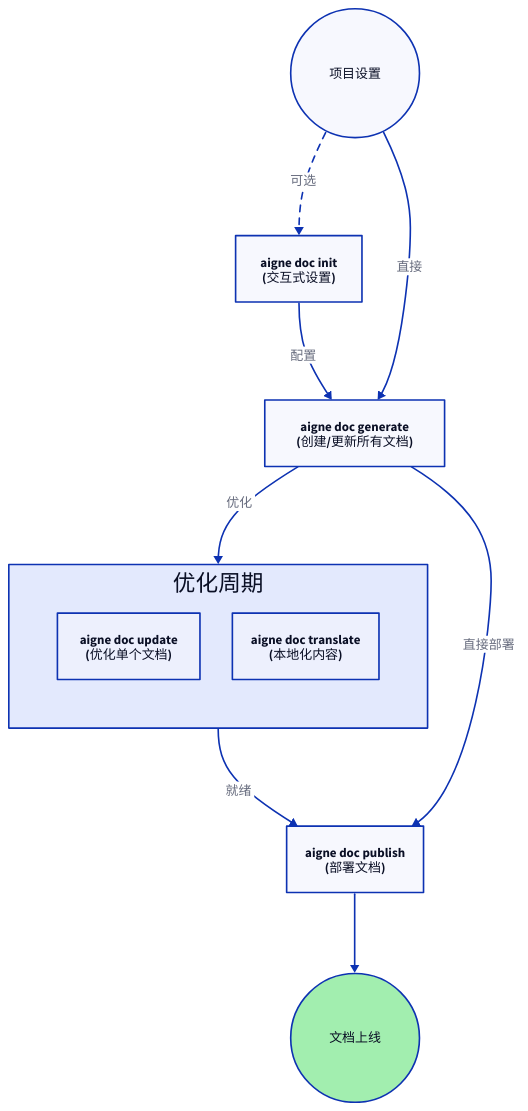
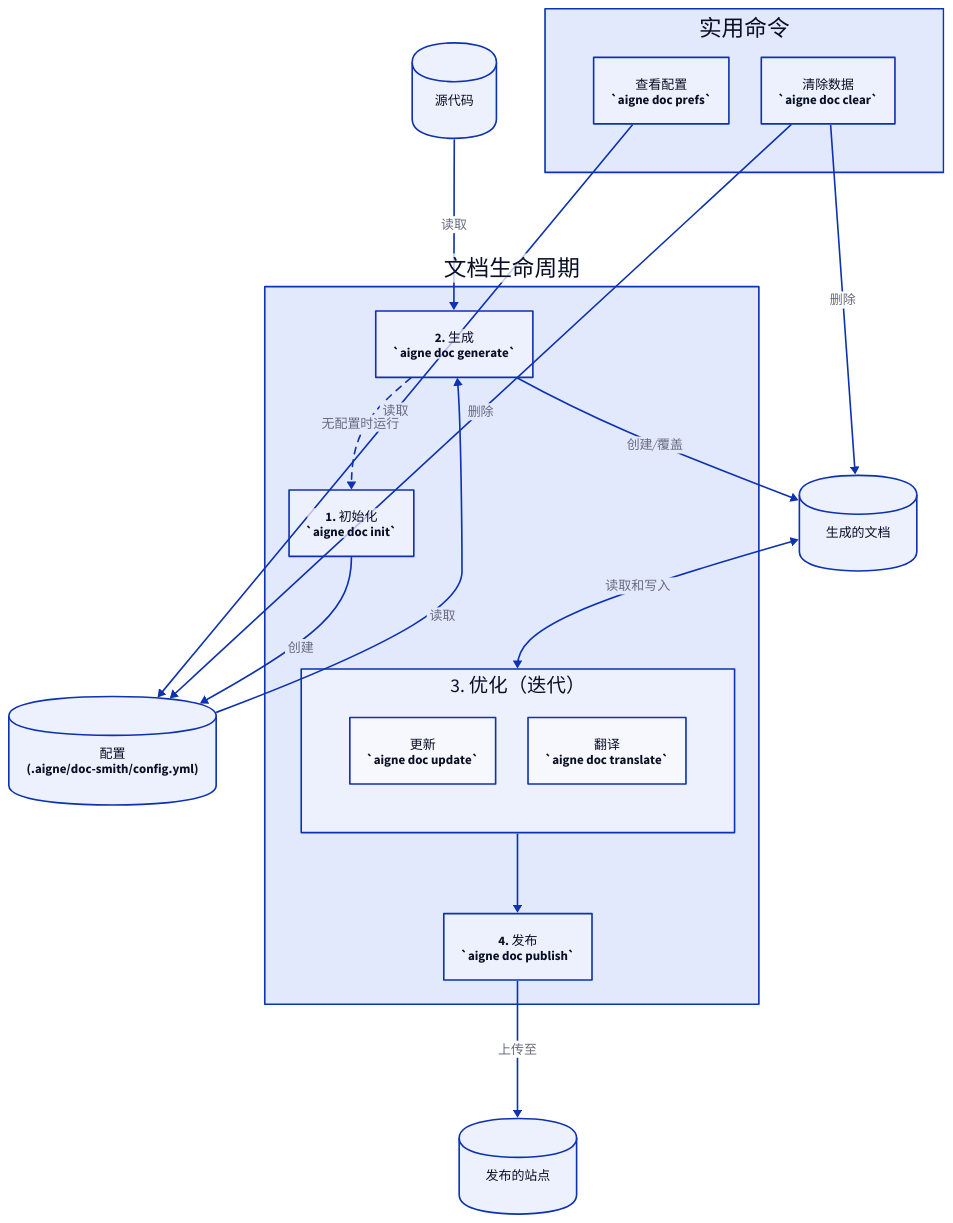
One commit to AIGNE-io/aigne-doc-smith changed the diagram in docs/cli-reference.zh.md. Above: the diagram before and after it, drawn with D2. The commit also changed other lines of this file and 26 other files, not shown here.

````diff
--- a/docs/cli-reference.zh.md
+++ b/docs/cli-reference.zh.md
@@ -15,52 +15,95 @@
 ```d2
 direction: down
 
-Start: {
-  label: "项目设置"
-  shape: circle
+# 工件
+Source-Code: {
+  label: "源代码"
+  shape: cylinder
+}
+Configuration: {
+  label: "配置\n(.aigne/doc-smith/config.yml)"
+  shape: cylinder
+}
+Generated-Docs: {
+  label: "生成的文档"
+  shape: cylinder
+}
+Published-Docs: {
+  label: "发布的站点"
+  shape: cylinder
 }
 
-init: {
-  label: "aigne doc init\n(交互式设置)"
-  shape: rectangle
-}
+# --- 核心工作流 ---
+Lifecycle: {
+  label: "文档生命周期"
+  
+  init: {
+    label: "1. 初始化\n`aigne doc init`"
+    shape: rectangle
+  }
 
-generate: {
-  label: "aigne doc generate\n(创建/更新所有文档)"
-  shape: rectangle
-}
+  generate: {
+    label: "2. 生成\n`aigne doc generate`"
+    shape: rectangle
+  }
 
-refinement-cycle: {
-  label: "优化周期"
-  shape: rectangle
-  grid-columns: 2
+  Refinement: {
+    label: "3. 优化（迭代）"
+    grid-columns: 2
 
-  update: {
-    label: "aigne doc update\n(优化单个文档)"
+    update: {
+      label: "更新\n`aigne doc update`"
+      shape: rectangle
+    }
+    translate: {
+      label: "翻译\n`aigne doc translate`"
+      shape: rectangle
+    }
   }
-  translate: {
-    label: "aigne doc translate\n(本地化内容)"
+
+  publish: {
+    label: "4. 发布\n`aigne doc publish`"
+    shape: rectangle
   }
 }
 
-publish: {
-  label: "aigne doc publish\n(部署文档)"
-  shape: rectangle
+# --- 实用命令 ---
+Utilities: {
+  label: "实用命令"
+  grid-columns: 2
+  
+  prefs: {
+    label: "查看配置\n`aigne doc prefs`"
+    shape: rectangle
+  }
+  clear: {
+    label: "清除数据\n`aigne doc clear`"
+    shape: rectangle
+  }
 }
 
-End: {
-  label: "文档上线"
-  shape: circle
-  style.fill: "#a2eeaf"
+
+# --- 连接 ---
+
+# 设置与生成
+Lifecycle.init -> Configuration: "创建"
+Source-Code -> Lifecycle.generate: "读取"
+Configuration -> Lifecycle.generate: "读取"
+Lifecycle.generate -> Generated-Docs: "创建/覆盖"
+Lifecycle.generate -> Lifecycle.init: {
+  label: "无配置时运行"
+  style.stroke-dash: 4
 }
 
-Start -> init: "可选" {
-  style.stroke-dash: 4
-}
-init -> generate: "配置"
-Start -> generate: "直接"
-generate -> refinement-cycle: "优化"
-refinement-cycle -> publish: "就绪"
-generate -> publish: "直接部署"
-publish -> End
+# 优化循环
+Generated-Docs <-> Lifecycle.Refinement: "读取和写入"
+
+# 发布
+Lifecycle.Refinement -> Lifecycle.publish
+Lifecycle.publish -> Published-Docs: "上传至"
+
+# 实用工具连接
+Utilities.prefs -> Configuration: "读取"
+Utilities.clear -> Configuration: "删除"
+Utilities.clear -> Generated-Docs: "删除"
 ```
````
